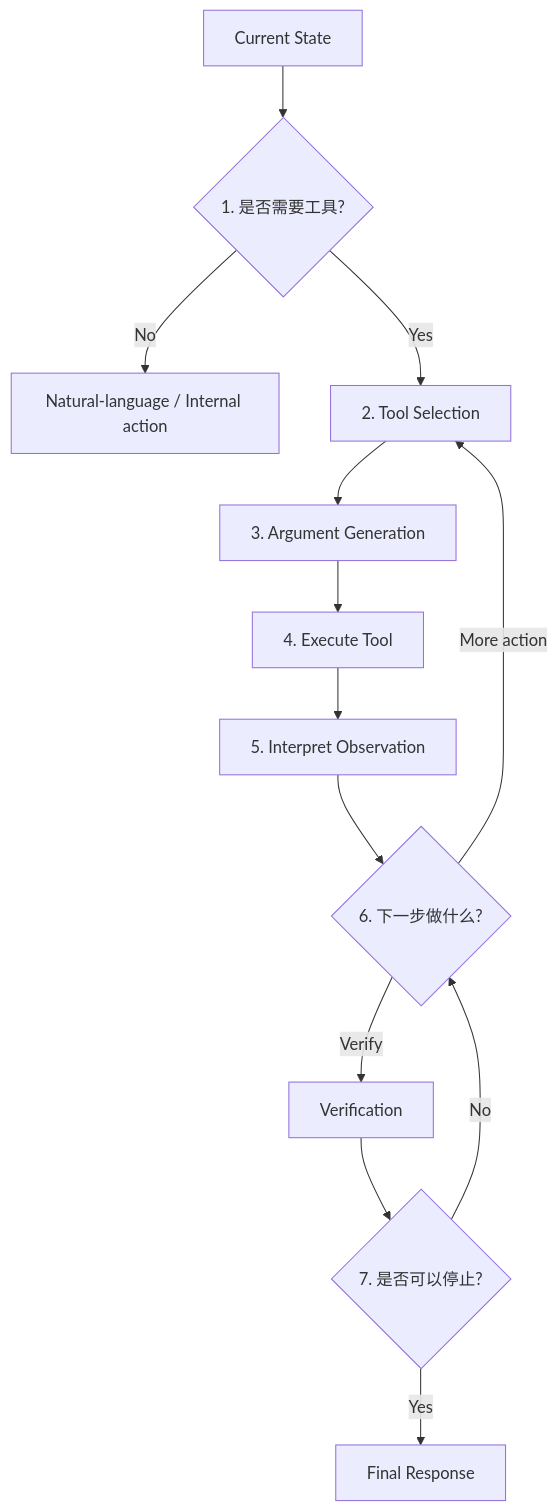
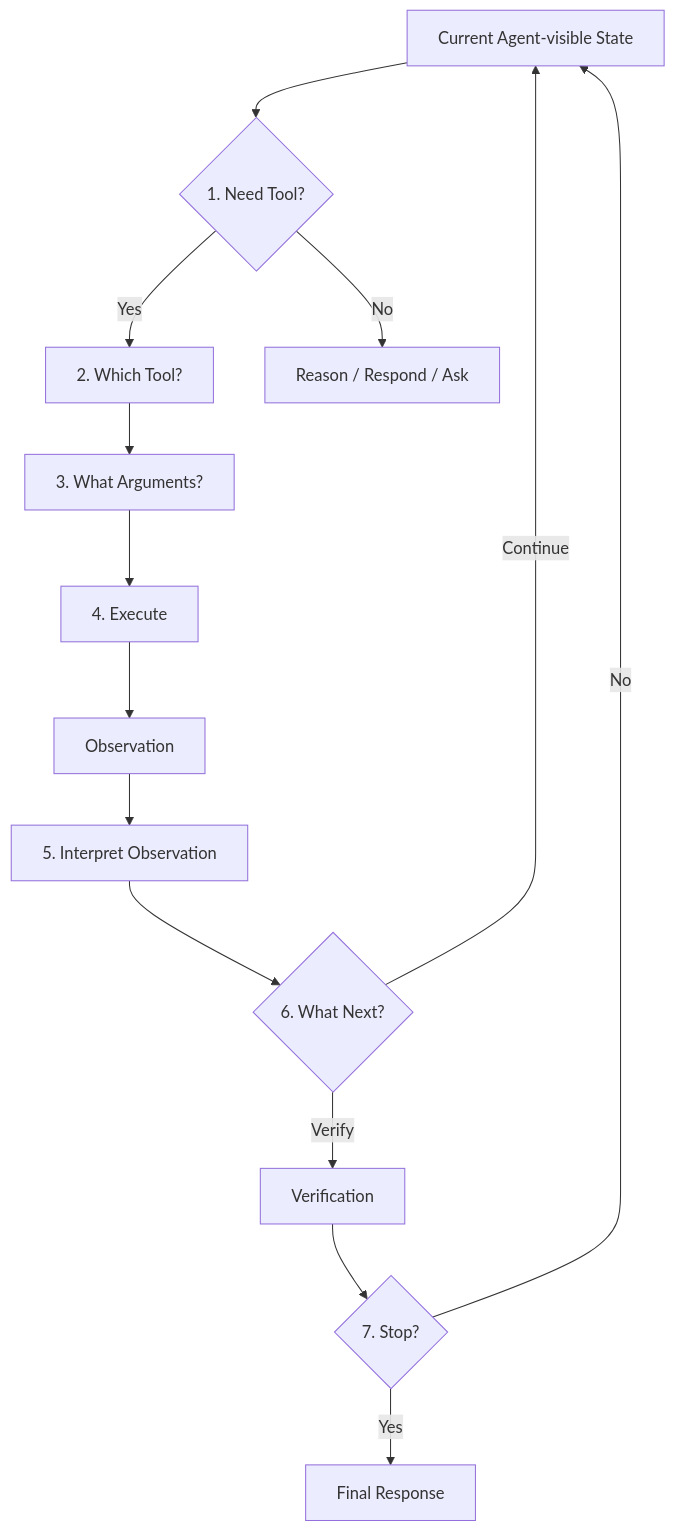
One commit to JiangHui0203/Homework changed the second of 3 diagrams in LLM_Agent_Data/05_Tool_Use_and_Agent_Trajectory_Data.md. Above: the diagram before and after it, drawn with Mermaid. The commit also changed other lines of this file, not shown here.

Commit message:
Refine Ch5 around tool-use and agent trajectory data

````diff
--- a/LLM_Agent_Data/05_Tool_Use_and_Agent_Trajectory_Data.md
+++ b/LLM_Agent_Data/05_Tool_Use_and_Agent_Trajectory_Data.md
@@ -264,15 +224,16 @@
 ```mermaid
 flowchart TD
-    S[Current State] --> Q1{1. 是否需要工具?}
-    Q1 -->|No| N[Natural-language / Internal action]
-    Q1 -->|Yes| Q2[2. Tool Selection]
-    Q2 --> Q3[3. Argument Generation]
-    Q3 --> Q4[4. Execute Tool]
-    Q4 --> Q5[5. Interpret Observation]
-    Q5 --> Q6{6. 下一步做什么?}
-    Q6 -->|More action| Q2
+    S[Current Agent-visible State] --> Q1{1. Need Tool?}
+    Q1 -->|Yes| Q2[2. Which Tool?]
+    Q1 -->|No| N[Reason / Respond / Ask]
+    Q2 --> Q3[3. What Arguments?]
+    Q3 --> EX[4. Execute]
+    EX --> O[Observation]
+    O --> Q5[5. Interpret Observation]
+    Q5 --> Q6{6. What Next?}
+    Q6 -->|Continue| S
     Q6 -->|Verify| V[Verification]
-    V --> Q7{7. 是否可以停止?}
-    Q7 -->|No| Q6
+    V --> Q7{7. Stop?}
+    Q7 -->|No| S
     Q7 -->|Yes| F[Final Response]
 ```
````
